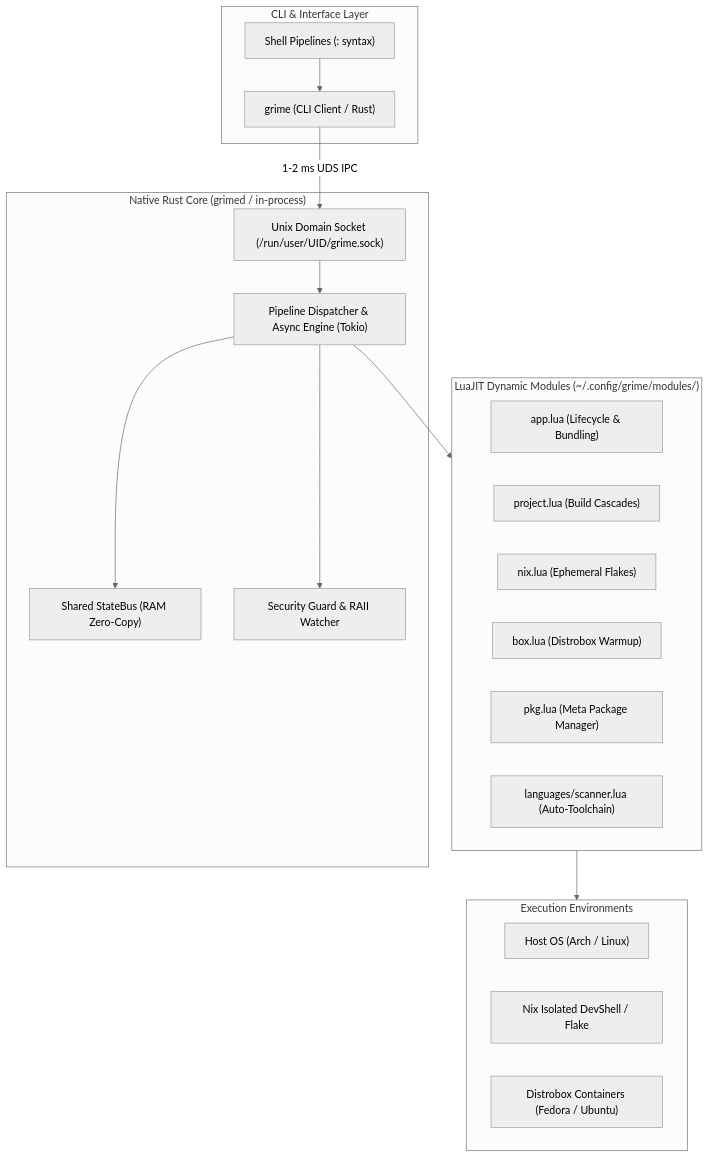
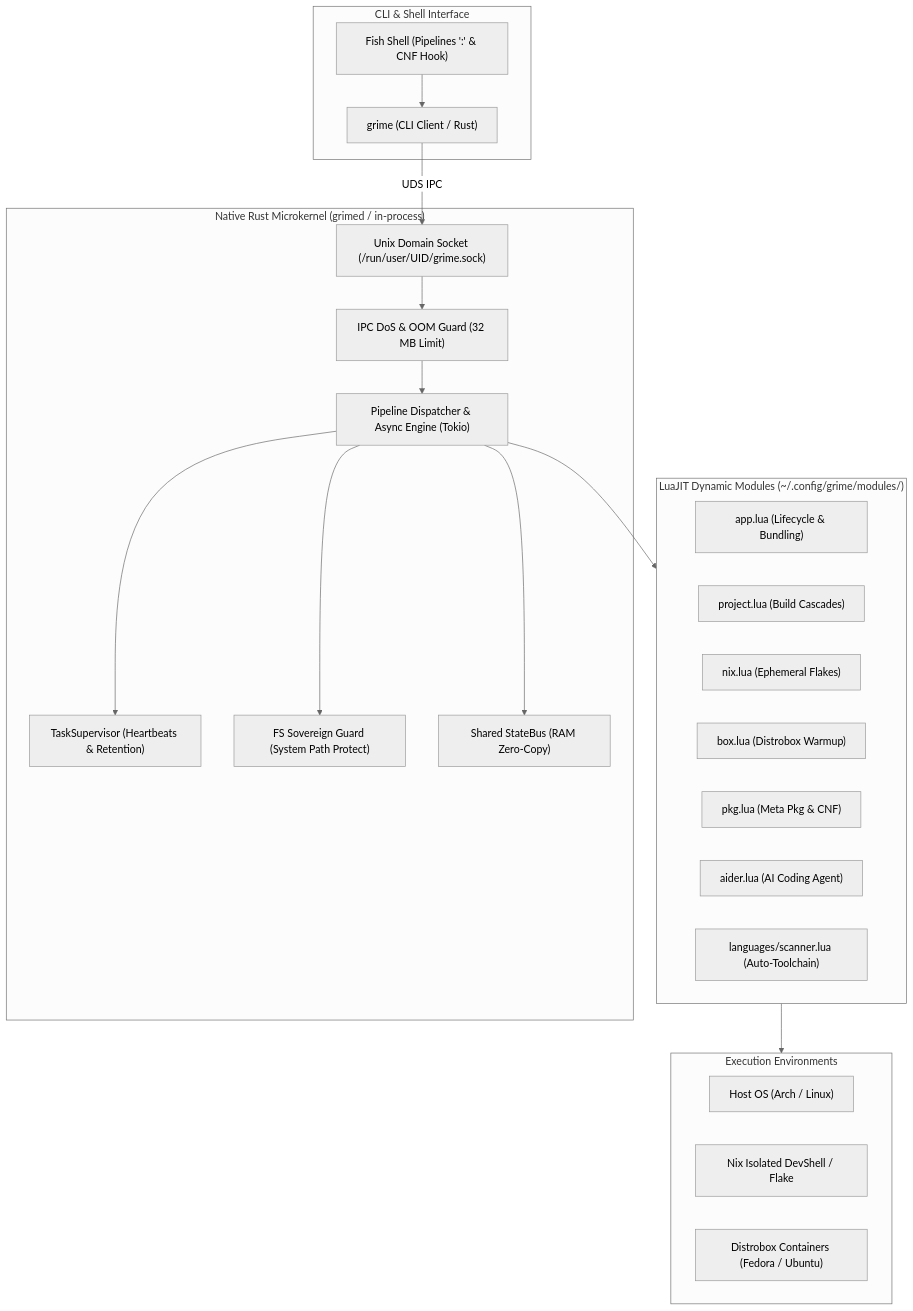
The diagram in README.en.md (GrimeVoid/grime-rust), drawn with Mermaid (neutral theme) before and after one commit. The commit also changed other lines of this file and 1 other file, not shown here.

````diff
--- a/README.en.md
+++ b/README.en.md
@@ -73,37 +102,42 @@
 ```mermaid
 flowchart TD
-    subgraph ClientLayer ["CLI & Interface Layer"]
+    subgraph ClientLayer ["CLI & Shell Interface"]
         CLI["grime (CLI Client / Rust)"]
-        Fish["Shell Pipelines (: syntax)"]
+        Fish["Fish Shell (Pipelines ':' & CNF Hook)"]
     end
 
-    subgraph CoreLayer ["Native Rust Core (grimed / in-process)"]
+    subgraph CoreLayer ["Native Rust Microkernel (grimed / in-process)"]
         UDS["Unix Domain Socket (/run/user/UID/grime.sock)"]
+        IPCGuard["IPC DoS & OOM Guard (32 MB Limit)"]
         Router["Pipeline Dispatcher & Async Engine (Tokio)"]
+        Supervisor["TaskSupervisor (Heartbeats & Retention)"]
+        FSGuard["FS Sovereign Guard (System Path Protect)"]
         StateBus["Shared StateBus (RAM Zero-Copy)"]
-        Sandbox["Security Guard & RAII Watcher"]
     end
 
     subgraph LuaLayer ["LuaJIT Dynamic Modules (~/.config/grime/modules/)"]
         M_App["app.lua (Lifecycle & Bundling)"]
         M_Proj["project.lua (Build Cascades)"]
         M_Nix["nix.lua (Ephemeral Flakes)"]
         M_Box["box.lua (Distrobox Warmup)"]
-        M_Pkg["pkg.lua (Meta Package Manager)"]
+        M_Pkg["pkg.lua (Meta Pkg & CNF)"]
+        M_Aider["aider.lua (AI Coding Agent)"]
         M_Scan["languages/scanner.lua (Auto-Toolchain)"]
     end
 
     subgraph Targets ["Execution Environments"]
         HostOS["Host OS (Arch / Linux)"]
         NixEnv["Nix Isolated DevShell / Flake"]
         DBox["Distrobox Containers (Fedora / Ubuntu)"]
     end
 
-    CLI -->|1-2 ms UDS IPC| UDS
     Fish --> CLI
-    UDS --> Router
+    CLI -->|UDS IPC| UDS
+    UDS --> IPCGuard
+    IPCGuard --> Router
+    Router --> Supervisor
+    Router --> FSGuard
     Router --> StateBus
-    Router --> Sandbox
     Router --> LuaLayer
     LuaLayer --> Targets
 ```
````
